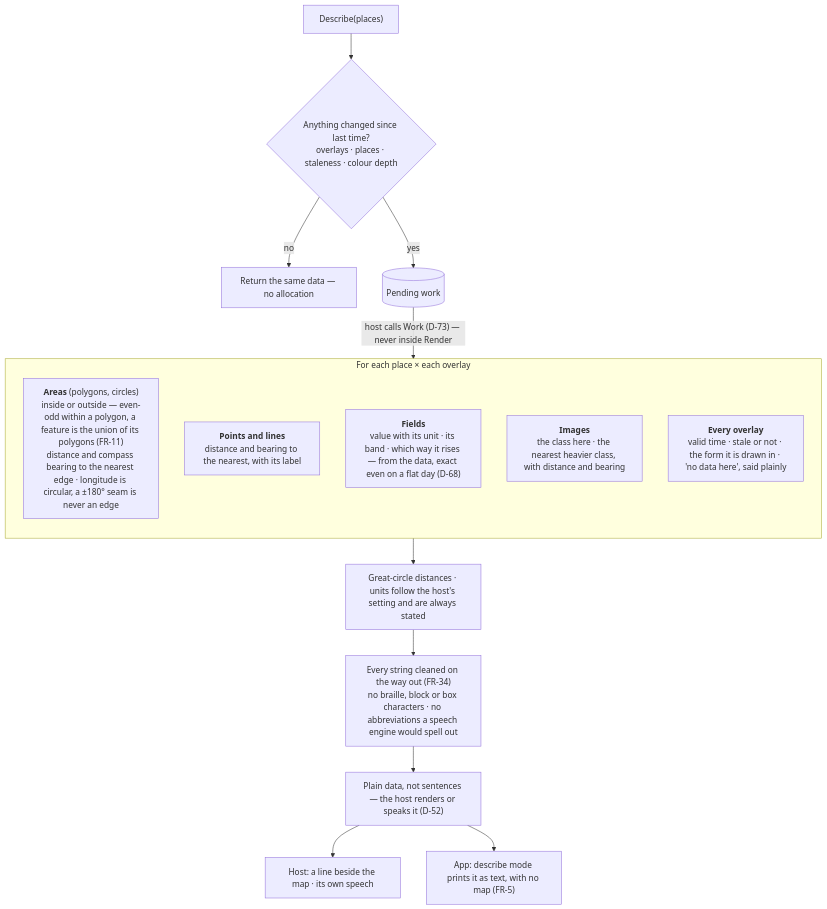
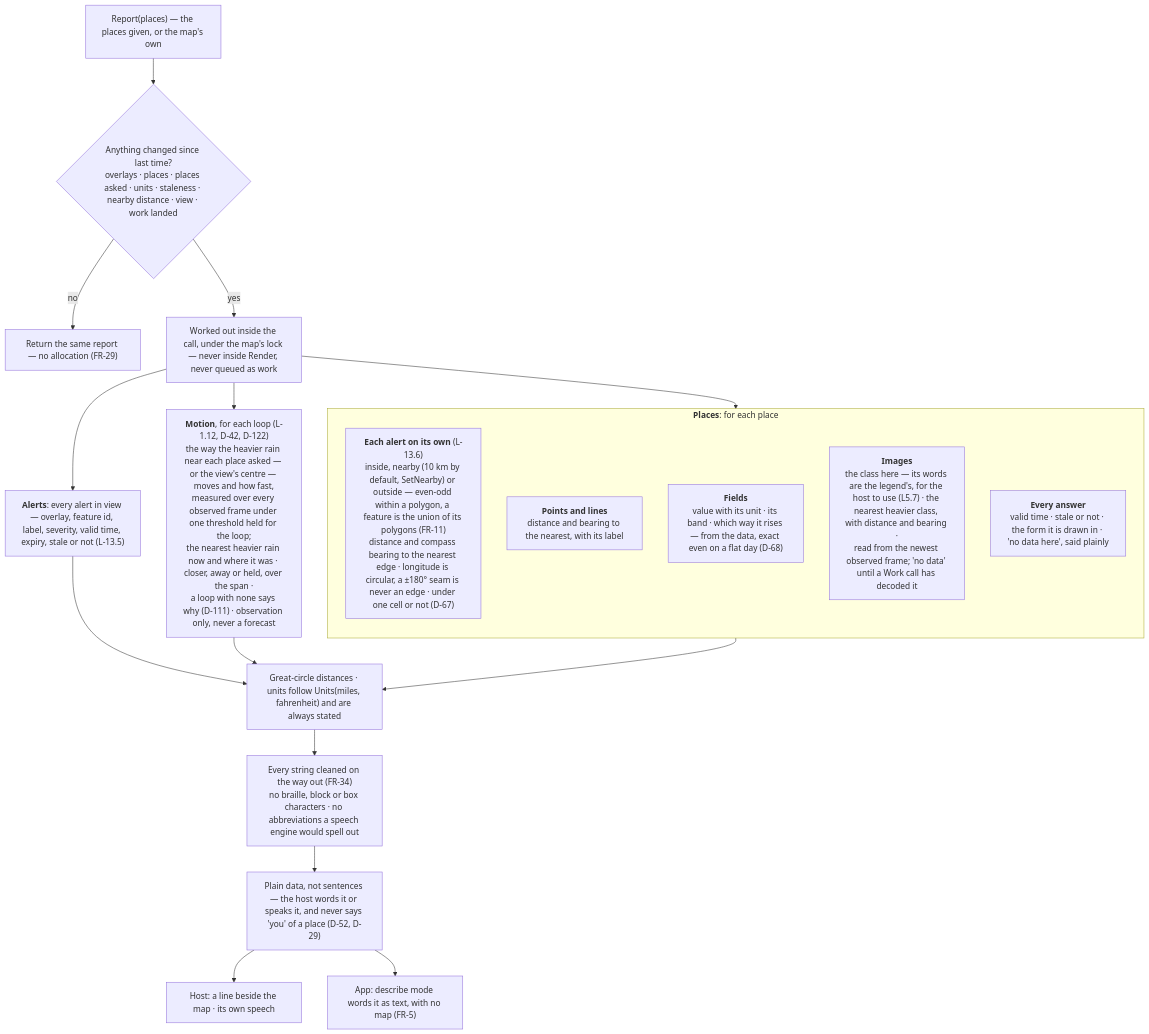
Before and after one commit to branden-thompson/go-tuimaps: the first of 2 diagrams in 06_docs/02_features/go-tuimaps/03-architecture-design/L2-describe.md, drawn with Mermaid. The commit also changed other lines of this file and 544 other files, not shown here.

````diff
--- a/06_docs/02_features/go-tuimaps/03-architecture-design/L2-describe.md
+++ b/06_docs/02_features/go-tuimaps/03-architecture-design/L2-describe.md
@@ -11,22 +13,31 @@
 ```mermaid
 flowchart TB
-    ASK["Describe(places)"] --> MEMO{"Anything changed since last time?<br/>overlays · places · staleness · colour depth"}
-    MEMO -- no --> SAME["Return the same data — no allocation"]
-    MEMO -- yes --> Q[("Pending work")]
-    Q -- "host calls Work (D-73) — never inside Render" --> PER
+    ASK["Report(places) — the places given, or the map's own"] --> MEMO{"Anything changed since last time?<br/>overlays · places · places asked · units · staleness · nearby distance · view · work landed"}
+    MEMO -- no --> SAME["Return the same report — no allocation (FR-29)"]
+    MEMO -- yes --> NOW["Worked out inside the call, under the map's lock — never inside Render, never queued as work"]
+    NOW --> SHOWN
+    NOW --> PER
+    NOW --> MOT
 
-    subgraph PER["For each place × each overlay"]
+    SHOWN["<b>Alerts</b>: every alert in view — overlay, feature id, label, severity, valid time, expiry, stale or not (L-13.5)"]
+
+    subgraph PER["<b>Places</b>: for each place"]
       direction TB
-      A["<b>Areas</b> (polygons, circles)<br/>inside or outside — even-odd within a polygon, a feature is the union of its polygons (FR-11)<br/>distance and compass bearing to the nearest edge · longitude is circular, a ±180° seam is never an edge"]
+      A["<b>Each alert on its own</b> (L-13.6)<br/>inside, nearby (10 km by default, SetNearby) or outside — even-odd within a polygon, a feature is the union of its polygons (FR-11)<br/>distance and compass bearing to the nearest edge · longitude is circular, a ±180° seam is never an edge · under one cell or not (D-67)"]
       B["<b>Points and lines</b><br/>distance and bearing to the nearest, with its label"]
       C["<b>Fields</b><br/>value with its unit · its band · which way it rises — from the data, exact even on a flat day (D-68)"]
-      D["<b>Images</b><br/>the class here · the nearest heavier class, with distance and bearing"]
-      E["<b>Every overlay</b><br/>valid time · stale or not · the form it is drawn in · 'no data here', said plainly"]
+      D["<b>Images</b><br/>the class here — its words are the legend's, for the host to use (L5.7) · the nearest heavier class, with distance and bearing ·<br/>read from the newest observed frame; 'no data' until a Work call has decoded it"]
+      E["<b>Every answer</b><br/>valid time · stale or not · the form it is drawn in · 'no data here', said plainly"]
     end
 
-    PER --> GEO["Great-circle distances · units follow the host's setting and are always stated"]
+    MOT["<b>Motion</b>, for each loop (L-1.12, D-42, D-122)<br/>the way the heavier rain near each place asked — or the view's centre — moves and how fast,<br/>measured over every observed frame under one threshold held for the loop;<br/>the nearest heavier rain now and where it was · closer, away or held, over the span ·<br/>a loop with none says why (D-111) · observation only, never a forecast"]
+
+    SHOWN --> GEO
+    PER --> GEO
+    MOT --> GEO
+    GEO["Great-circle distances · units follow Units(miles, fahrenheit) and are always stated"]
     GEO --> CLEAN["Every string cleaned on the way out (FR-34)<br/>no braille, block or box characters · no abbreviations a speech engine would spell out"]
-    CLEAN --> DATA["Plain data, not sentences — the host renders or speaks it (D-52)"]
+    CLEAN --> DATA["Plain data, not sentences — the host words it or speaks it, and never says 'you' of a place (D-52, D-29)"]
     DATA --> HOST["Host: a line beside the map · its own speech"]
-    DATA --> APP["App: describe mode prints it as text, with no map (FR-5)"]
+    DATA --> APP["App: describe mode words it as text, with no map (FR-5)"]
 ```
````
